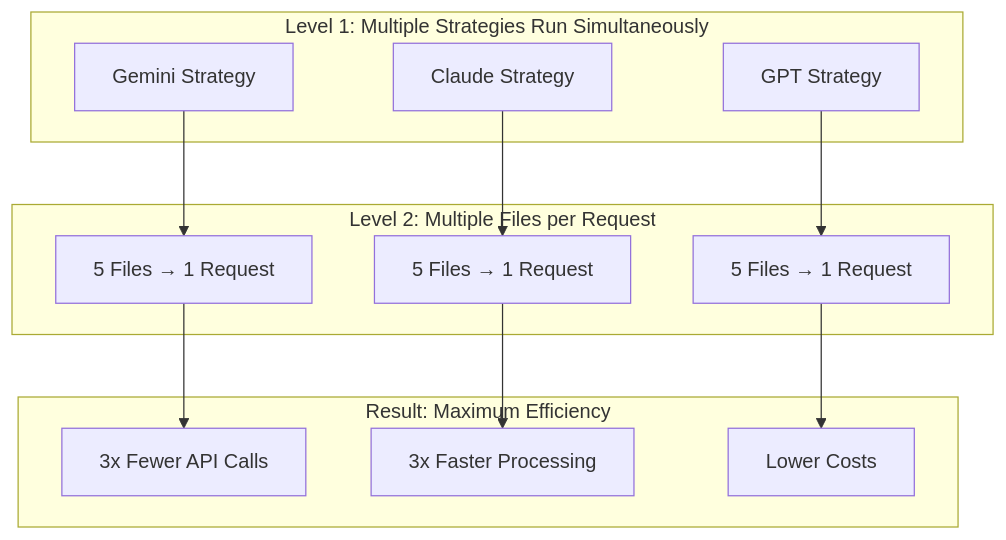
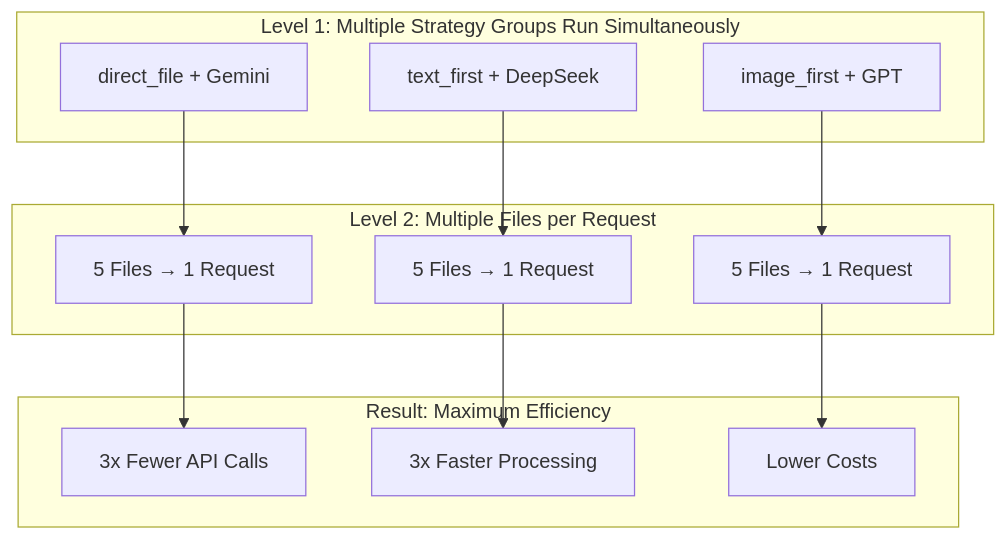
The third of 4 diagrams in README.md (horselord-joe-8053/ultra-arena-plus), drawn with Mermaid before and after one commit. The commit also changed other lines of this file and 1 other file, not shown here.

First line of the commit message:
Rewrite README with clearer architecture docs and strategy terminology.

````diff
--- a/README.md
+++ b/README.md
@@ -178,28 +272,28 @@
 ```mermaid
 graph TB
-    subgraph "Level 1: Multiple Strategies Run Simultaneously"
-        A[Gemini Strategy]
-        B[Claude Strategy] 
-        C[GPT Strategy]
+    subgraph "Level 1: Multiple Strategy Groups Run Simultaneously"
+        A["direct_file + Gemini"]
+        B["text_first + DeepSeek"]
+        C["image_first + GPT"]
     end
     
     subgraph "Level 2: Multiple Files per Request"
         D[5 Files → 1 Request]
         E[5 Files → 1 Request]
         F[5 Files → 1 Request]
     end
     
     subgraph "Result: Maximum Efficiency"
         G[3x Fewer API Calls]
         H[3x Faster Processing]
         I[Lower Costs]
     end
     
     A --> D
     B --> E
     C --> F
     
     D --> G
     E --> H
     F --> I
 ```
````
